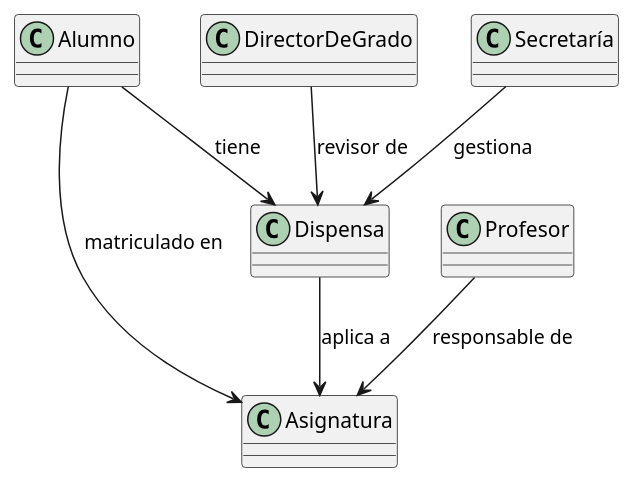
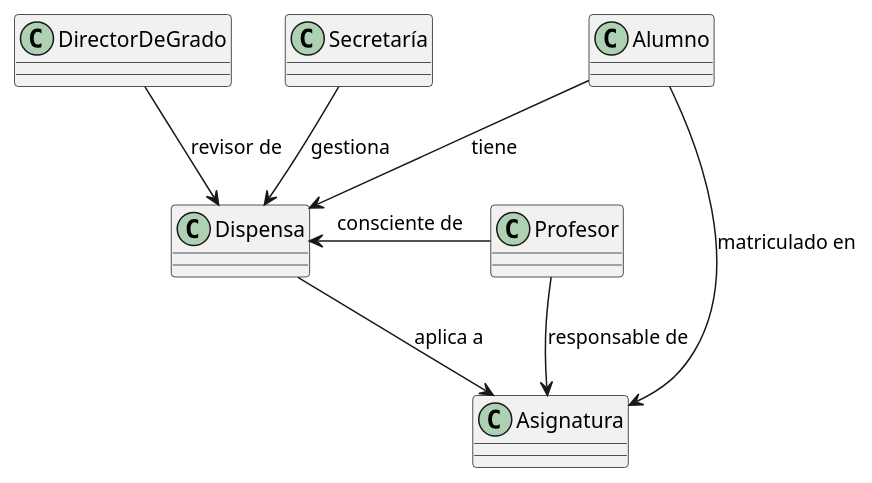
One commit to enmabry/25-26-IdSw1-SdR changed the diagram in documents/ModeloDelDominio/DiagramasDeClase/Dispensas/Dispensas.puml. Above: the diagram before and after it, drawn with PlantUML. The commit also changed 1 other file, not shown here.

Commit message:
Añadida una relacion Profesor-Dispensa. Actulizacion del svg.

```diff
--- a/documents/ModeloDelDominio/DiagramasDeClase/Dispensas/Dispensas.puml
+++ b/documents/ModeloDelDominio/DiagramasDeClase/Dispensas/Dispensas.puml
@@ -1,20 +1,21 @@
 @startuml Dispensas
 class Alumno{}
 
 class Profesor {}
 
 class DirectorDeGrado {}
 
 class Secretaría {}
 
 class Asignatura {}
 
 class Dispensa {}
 
 Alumno --> Dispensa : tiene 
 Dispensa --> Asignatura : aplica a 
 Alumno --> Asignatura : matriculado en
 Profesor --> Asignatura : responsable de 
+Profesor -l-> Dispensa : consciente de
 DirectorDeGrado --> Dispensa : revisor de
 Secretaría --> Dispensa : gestiona
 @enduml
```
